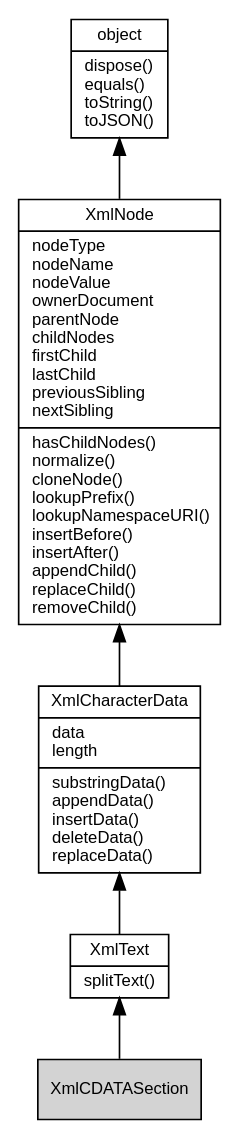
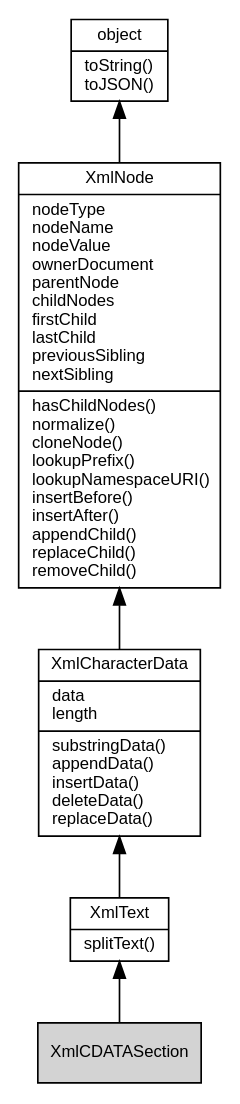
Before and after one commit to asionius/fibjs-ceph: the diagram in docs/object/ifs/XmlCDATASection.md, drawn with Graphviz. The commit also changed other lines of this file and 138 other files, not shown here.

````diff
--- a/docs/object/ifs/XmlCDATASection.md
+++ b/docs/object/ifs/XmlCDATASection.md
@@ -15,16 +15,16 @@
 ```dot
 digraph {
     node [fontname="Helvetica,sans-Serif", fontsize=10, shape="record", style="filled", fillcolor="white"];
 
-    object [tooltip="object", URL="object.md", label="{object|dispose()\lequals()\ltoString()\ltoJSON()\l}"];
+    object [tooltip="object", URL="object.md", label="{object|toString()\ltoJSON()\l}"];
     XmlNode [tooltip="XmlNode", URL="XmlNode.md", label="{XmlNode|nodeType\lnodeName\lnodeValue\lownerDocument\lparentNode\lchildNodes\lfirstChild\llastChild\lpreviousSibling\lnextSibling\l|hasChildNodes()\lnormalize()\lcloneNode()\llookupPrefix()\llookupNamespaceURI()\linsertBefore()\linsertAfter()\lappendChild()\lreplaceChild()\lremoveChild()\l}"];
     XmlCharacterData [tooltip="XmlCharacterData", URL="XmlCharacterData.md", label="{XmlCharacterData|data\llength\l|substringData()\lappendData()\linsertData()\ldeleteData()\lreplaceData()\l}"];
     XmlText [tooltip="XmlText", URL="XmlText.md", label="{XmlText|splitText()\l}"];
-    XmlCDATASection [tooltip="XmlCDATASection", fillcolor="lightgray", label="{XmlCDATASection}"];
+    XmlCDATASection [tooltip="XmlCDATASection", fillcolor="lightgray", id="me", label="{XmlCDATASection}"];
 
     object -> XmlNode [dir=back];
     XmlNode -> XmlCharacterData [dir=back];
     XmlCharacterData -> XmlText [dir=back];
     XmlText -> XmlCDATASection [dir=back];
 }
 ```
````
